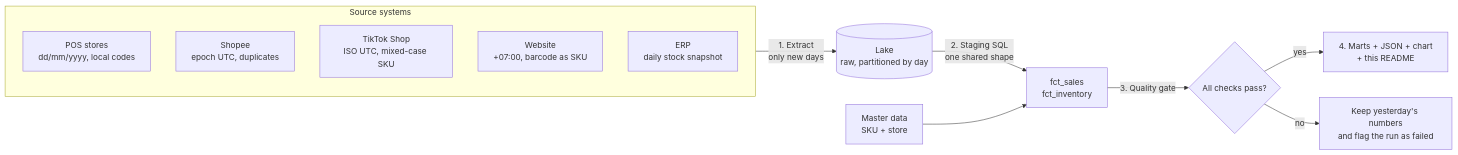
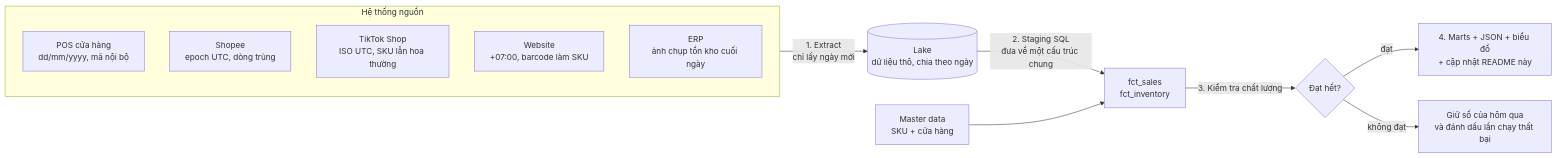
The diagram in 0. [Python] Retail Data Hub/README.md (thanhha02061/Porfolio-Projects), drawn with Mermaid before and after one commit. The commit also changed other lines of this file and 10 other files, not shown here.

Commit message:
Retail Data Hub: chuyển README, khối trạng thái, biểu đồ và chú thích code sang tiếng Việt

````diff
--- a/0. [Python] Retail Data Hub/README.md
+++ b/0. [Python] Retail Data Hub/README.md
@@ -62,16 +63,16 @@
 ```mermaid
 flowchart LR
-    subgraph S[Source systems]
-        A[POS stores<br/>dd/mm/yyyy, local codes]
-        B[Shopee<br/>epoch UTC, duplicates]
-        C[TikTok Shop<br/>ISO UTC, mixed-case SKU]
-        D[Website<br/>+07:00, barcode as SKU]
-        E[ERP<br/>daily stock snapshot]
+    subgraph S[Hệ thống nguồn]
+        A[POS cửa hàng<br/>dd/mm/yyyy, mã nội bộ]
+        B[Shopee<br/>epoch UTC, dòng trùng]
+        C[TikTok Shop<br/>ISO UTC, SKU lẫn hoa thường]
+        D[Website<br/>+07:00, barcode làm SKU]
+        E[ERP<br/>ảnh chụp tồn kho cuối ngày]
     end
-    S -->|1. Extract<br/>only new days| L[(Lake<br/>raw, partitioned by day)]
-    L -->|2. Staging SQL<br/>one shared shape| F[fct_sales<br/>fct_inventory]
-    M[Master data<br/>SKU + store] --> F
-    F -->|3. Quality gate| Q{All checks pass?}
-    Q -- yes --> P[4. Marts + JSON + chart<br/>+ this README]
-    Q -- no --> X[Keep yesterday's numbers<br/>and flag the run as failed]
+    S -->|1. Extract<br/>chỉ lấy ngày mới| L[(Lake<br/>dữ liệu thô, chia theo ngày)]
+    L -->|2. Staging SQL<br/>đưa về một cấu trúc chung| F[fct_sales<br/>fct_inventory]
+    M[Master data<br/>SKU + cửa hàng] --> F
+    F -->|3. Kiểm tra chất lượng| Q{Đạt hết?}
+    Q -- đạt --> P[4. Marts + JSON + biểu đồ<br/>+ cập nhật README này]
+    Q -- không đạt --> X[Giữ số của hôm qua<br/>và đánh dấu lần chạy thất bại]
 ```
````
